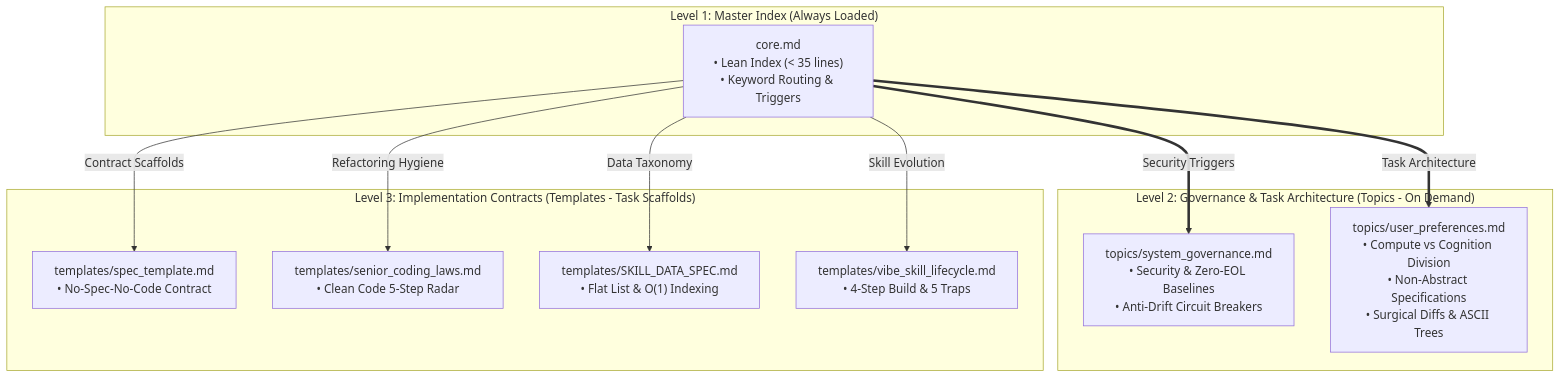
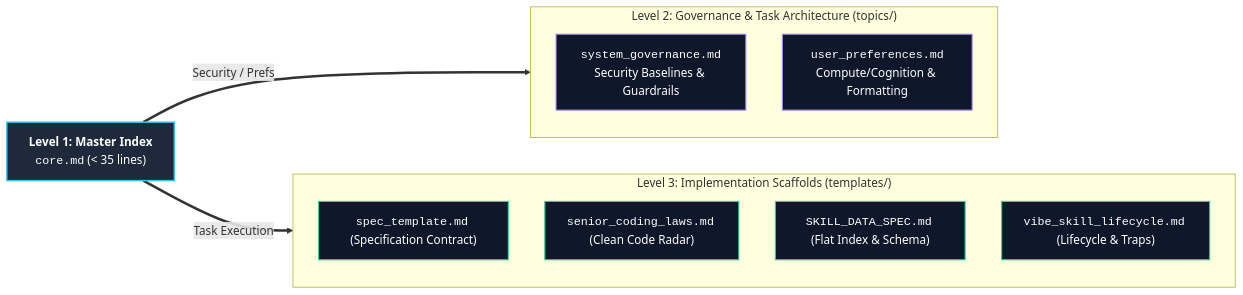
One commit to evolyob/AGY_SkillBook changed the diagram in examples/memory/README.md. Above: the diagram before and after it, drawn with Mermaid.

Commit message:
docs(memory): switch to clean horizontal pipeline Mermaid diagram (Option B)

````diff
--- a/examples/memory/README.md
+++ b/examples/memory/README.md
@@ -11,25 +11,25 @@
 ```mermaid
-flowchart TD
-    subgraph L1 ["Level 1: Master Index (Always Loaded)"]
-        core["core.md<br/>• Lean Index (&lt; 35 lines)<br/>• Keyword Routing &amp; Triggers"]
+flowchart LR
+    classDef l1 fill:#1e293b,stroke:#38bdf8,stroke-width:2px,color:#fff;
+    classDef l2 fill:#0f172a,stroke:#a78bfa,stroke-width:1.5px,color:#fff;
+    classDef l3 fill:#0f172a,stroke:#34d399,stroke-width:1.5px,color:#fff;
+
+    L1["<b>Level 1: Master Index</b><br/><code>core.md</code> (&lt; 35 lines)"]:::l1
+
+    subgraph L2 ["Level 2: Governance &amp; Task Architecture (topics/)"]
+        direction TB
+        t1["<code>system_governance.md</code><br/>Security Baselines &amp; Guardrails"]:::l2
+        t2["<code>user_preferences.md</code><br/>Compute/Cognition &amp; Formatting"]:::l2
     end
 
-    subgraph L2 ["Level 2: Governance &amp; Task Architecture (Topics - On Demand)"]
-        gov["topics/system_governance.md<br/>• Security &amp; Zero-EOL Baselines<br/>• Anti-Drift Circuit Breakers"]
-        pref["topics/user_preferences.md<br/>• Compute vs Cognition Division<br/>• Non-Abstract Specifications<br/>• Surgical Diffs &amp; ASCII Trees"]
+    subgraph L3 ["Level 3: Implementation Scaffolds (templates/)"]
+        direction TB
+        m1["<code>spec_template.md</code> (Specification Contract)"]:::l3
+        m2["<code>senior_coding_laws.md</code> (Clean Code Radar)"]:::l3
+        m3["<code>SKILL_DATA_SPEC.md</code> (Flat Index &amp; Schema)"]:::l3
+        m4["<code>vibe_skill_lifecycle.md</code> (Lifecycle &amp; Traps)"]:::l3
     end
 
-    subgraph L3 ["Level 3: Implementation Contracts (Templates - Task Scaffolds)"]
-        spec["templates/spec_template.md<br/>• No-Spec-No-Code Contract"]
-        radar["templates/senior_coding_laws.md<br/>• Clean Code 5-Step Radar"]
-        data["templates/SKILL_DATA_SPEC.md<br/>• Flat List &amp; O(1) Indexing"]
-        vibe["templates/vibe_skill_lifecycle.md<br/>• 4-Step Build &amp; 5 Traps"]
-    end
-
-    core ==>|Security Triggers| gov
-    core ==>|Task Architecture| pref
-    core -->|Contract Scaffolds| spec
-    core -->|Refactoring Hygiene| radar
-    core -->|Data Taxonomy| data
-    core -->|Skill Evolution| vibe
+    L1 ==>|Security / Prefs| L2
+    L1 ==>|Task Execution| L3
 ```
````
